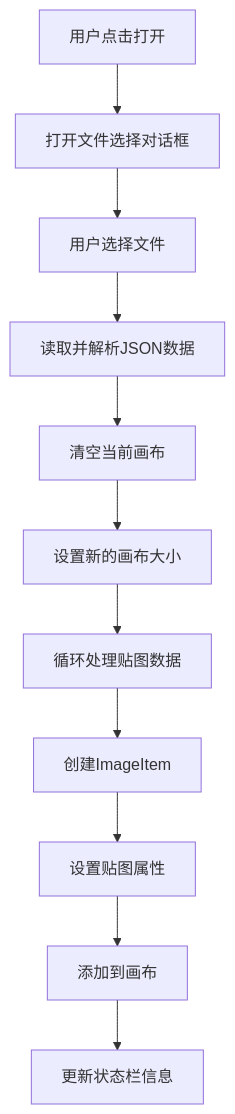
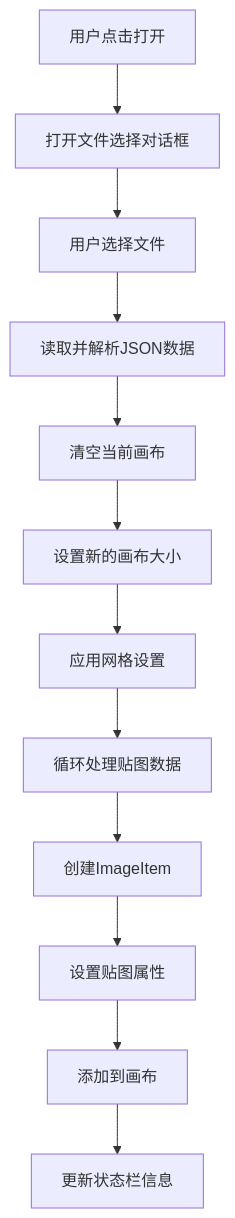
One commit to xiyuxzq/VisualizationTexLayout changed the fifth of 7 diagrams in DEV_LOG.md. Above: the diagram before and after it, drawn with Mermaid. The commit also changed other lines of this file and 8 other files, not shown here.

````diff
--- a/DEV_LOG.md
+++ b/DEV_LOG.md
@@ -267,13 +280,14 @@
 ```mermaid
 flowchart TD
     A[用户点击打开] --> B[打开文件选择对话框]
     B --> C[用户选择文件]
     C --> D[读取并解析JSON数据]
     D --> E[清空当前画布]
     E --> F[设置新的画布大小]
-    F --> G[循环处理贴图数据]
+    F --> F1[应用网格设置]
+    F1 --> G[循环处理贴图数据]
     G --> H[创建ImageItem]
     H --> I[设置贴图属性]
     I --> J[添加到画布]
     J --> K[更新状态栏信息]
 ```
````
